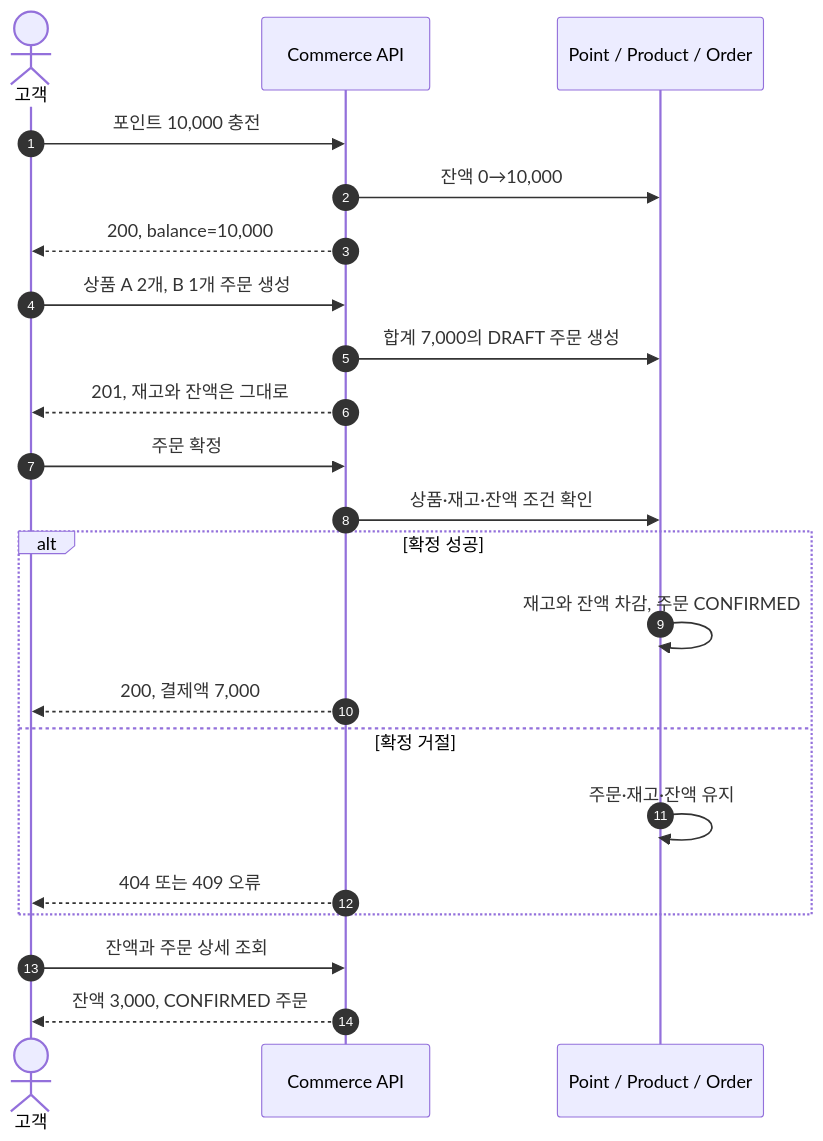
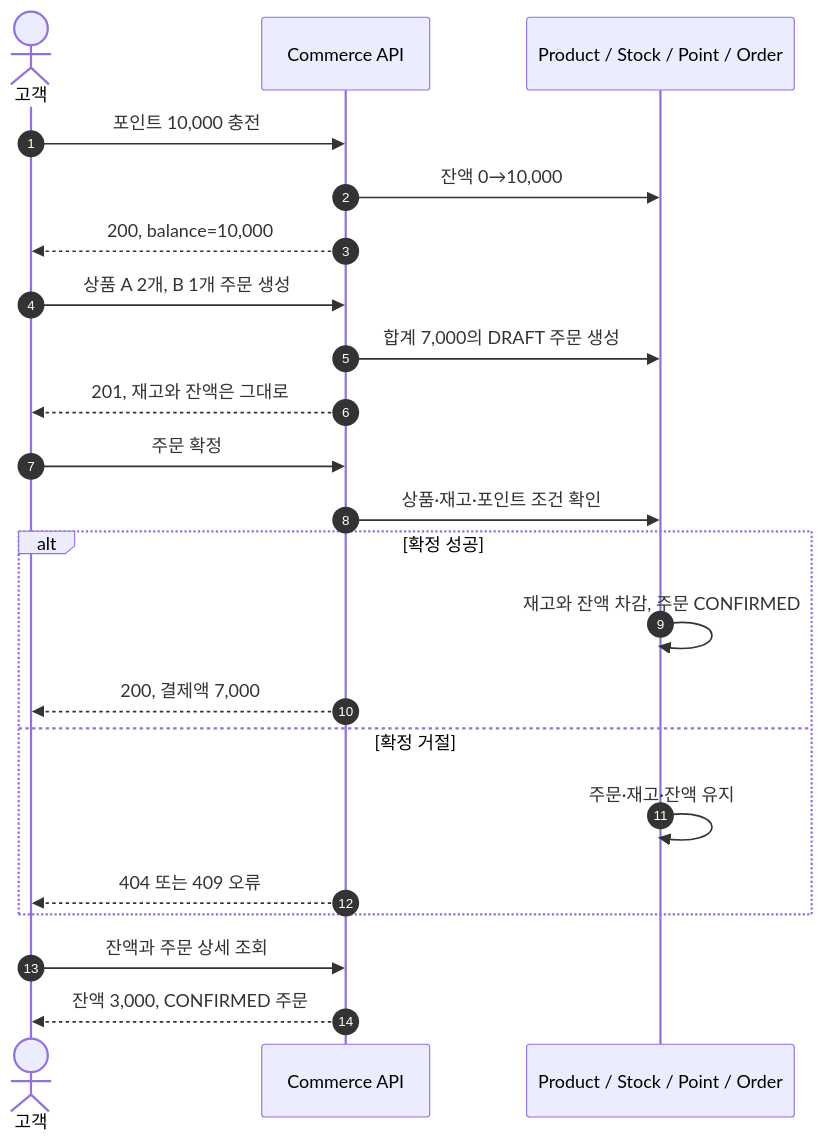
The third of 4 diagrams in docs/week2/representative-flows.md (jeongye01/loop-pack-be-l2-vol5-java), drawn with Mermaid before and after one commit. The commit also changed other lines of this file and 3 other files, not shown here.

````diff
--- a/docs/week2/representative-flows.md
+++ b/docs/week2/representative-flows.md
@@ -107,28 +113,28 @@
 ```mermaid
 sequenceDiagram
     autonumber
     actor C as 고객
     participant API as Commerce API
-    participant D as Point / Product / Order
+    participant D as Product / Stock / Point / Order
 
     C->>API: 포인트 10,000 충전
     API->>D: 잔액 0→10,000
     API-->>C: 200, balance=10,000
 
     C->>API: 상품 A 2개, B 1개 주문 생성
     API->>D: 합계 7,000의 DRAFT 주문 생성
     API-->>C: 201, 재고와 잔액은 그대로
 
     C->>API: 주문 확정
-    API->>D: 상품·재고·잔액 조건 확인
+    API->>D: 상품·재고·포인트 조건 확인
     alt 확정 성공
         D->>D: 재고와 잔액 차감, 주문 CONFIRMED
         API-->>C: 200, 결제액 7,000
     else 확정 거절
         D->>D: 주문·재고·잔액 유지
         API-->>C: 404 또는 409 오류
     end
 
     C->>API: 잔액과 주문 상세 조회
     API-->>C: 잔액 3,000, CONFIRMED 주문
 ```
````
